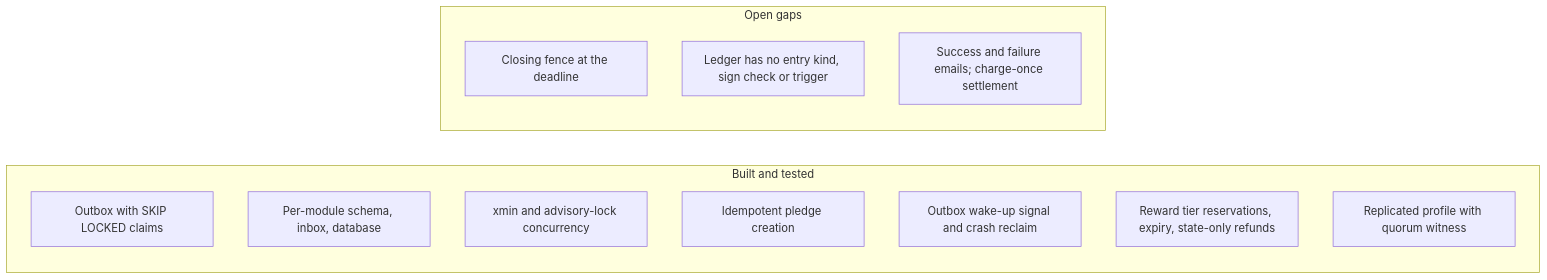
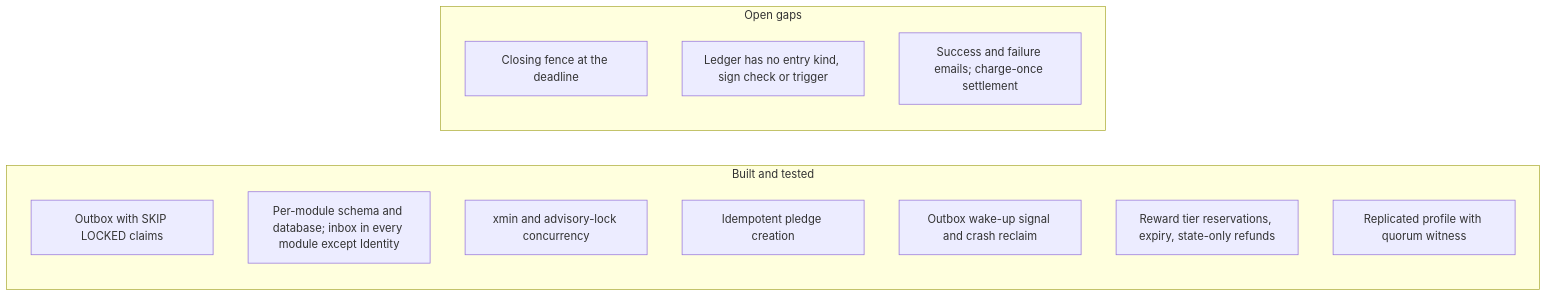
One commit to maysamgamini/crowdfundinghub changed the fourth of 6 diagrams in README.md. Above: the diagram before and after it, drawn with Mermaid. The commit also changed other lines of this file and 31 other files, not shown here.

````diff
--- a/README.md
+++ b/README.md
@@ -146,17 +146,17 @@
 ```mermaid
 flowchart LR
     subgraph Built["Built and tested"]
         B1["Outbox with SKIP LOCKED claims"]
-        B2["Per-module schema, inbox, database"]
+        B2["Per-module schema and database; inbox in every module except Identity"]
         B3["xmin and advisory-lock concurrency"]
         B6["Idempotent pledge creation"]
         B7["Outbox wake-up signal and crash reclaim"]
         B4["Reward tier reservations, expiry, state-only refunds"]
         B5["Replicated profile with quorum witness"]
     end
     subgraph Open["Open gaps"]
         O2["Closing fence at the deadline"]
         O4["Ledger has no entry kind, sign check or trigger"]
         O5["Success and failure emails; charge-once settlement"]
     end
 ```
````
